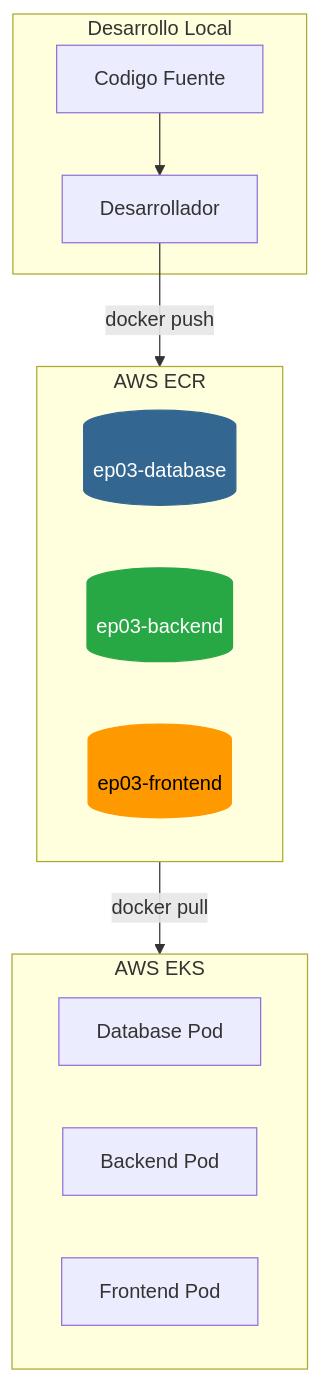
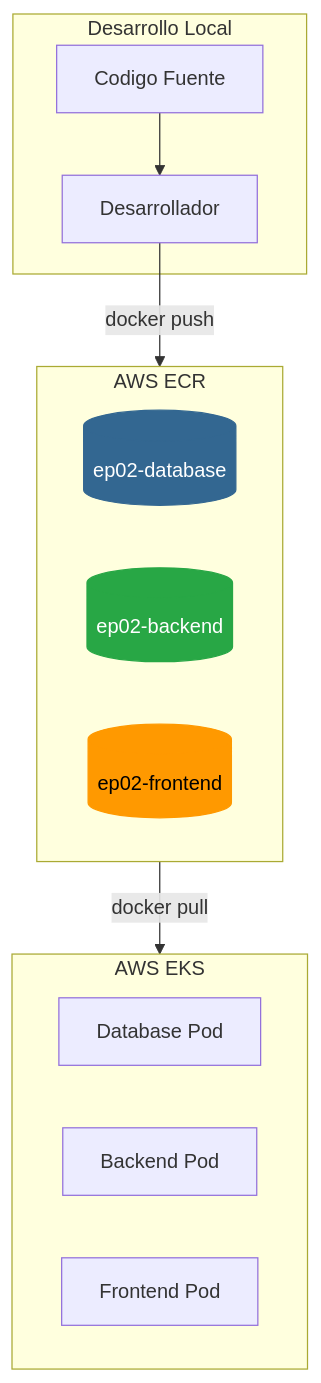
One commit to mauriciovelasquezduoc/202602Devops01 changed the second of 3 diagrams in bloque02-ecr/README.md. Above: the diagram before and after it, drawn with Mermaid. The commit also changed other lines of this file and 82 other files, not shown here.

````diff
--- a/bloque02-ecr/README.md
+++ b/bloque02-ecr/README.md
@@ -115,27 +130,27 @@
 ```mermaid
 graph TB
     subgraph Local["Desarrollo Local"]
         DEV[Desarrollador]
         CODE[Codigo Fuente]
     end
-    
+  
     subgraph ECR["AWS ECR"]
-        DB_REPO[(ep03-database)]
-        BE_REPO[(ep03-backend)]
-        FE_REPO[(ep03-frontend)]
+        DB_REPO[(ep02-database)]
+        BE_REPO[(ep02-backend)]
+        FE_REPO[(ep02-frontend)]
     end
-    
+  
     subgraph EKS["AWS EKS"]
         DB_POD[Database Pod]
         BE_POD[Backend Pod]
         FE_POD[Frontend Pod]
     end
-    
+  
     DEV -->|docker push| ECR
     ECR -->|docker pull| EKS
     CODE --> DEV
-    
+  
     style DB_REPO fill:#336791,stroke:#336791,color:#fff
     style BE_REPO fill:#28a745,stroke:#28a745,color:#fff
     style FE_REPO fill:#FF9900,stroke:#FF9900,color:#000
 ```
````
